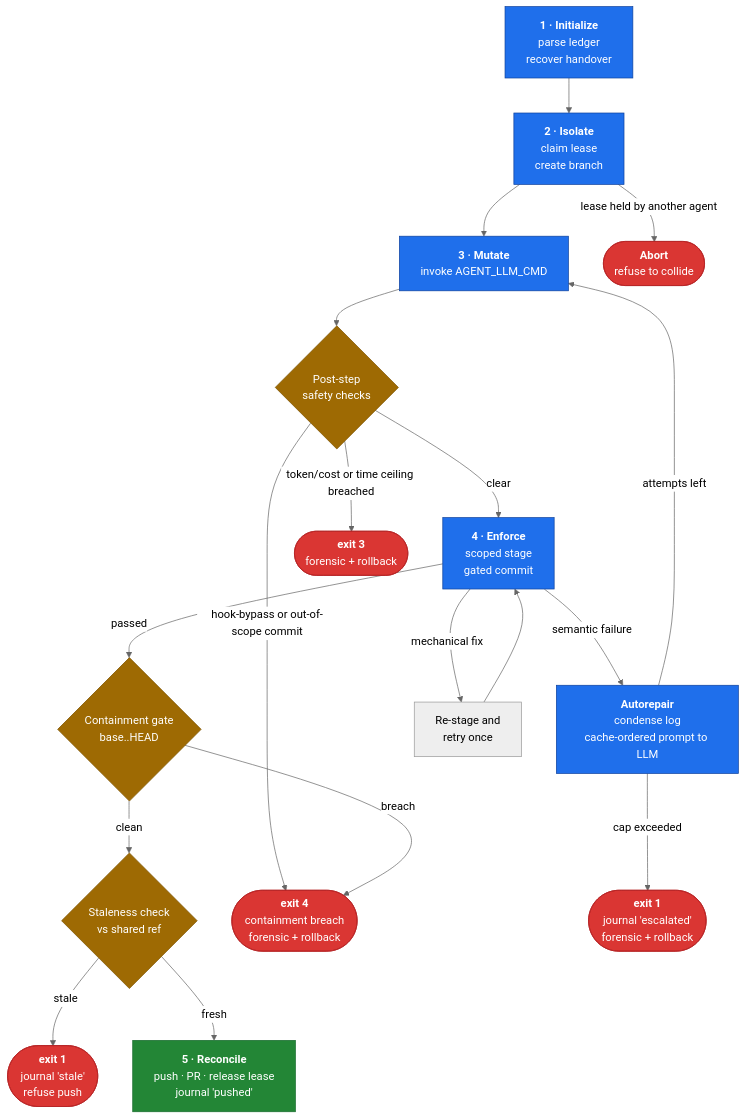
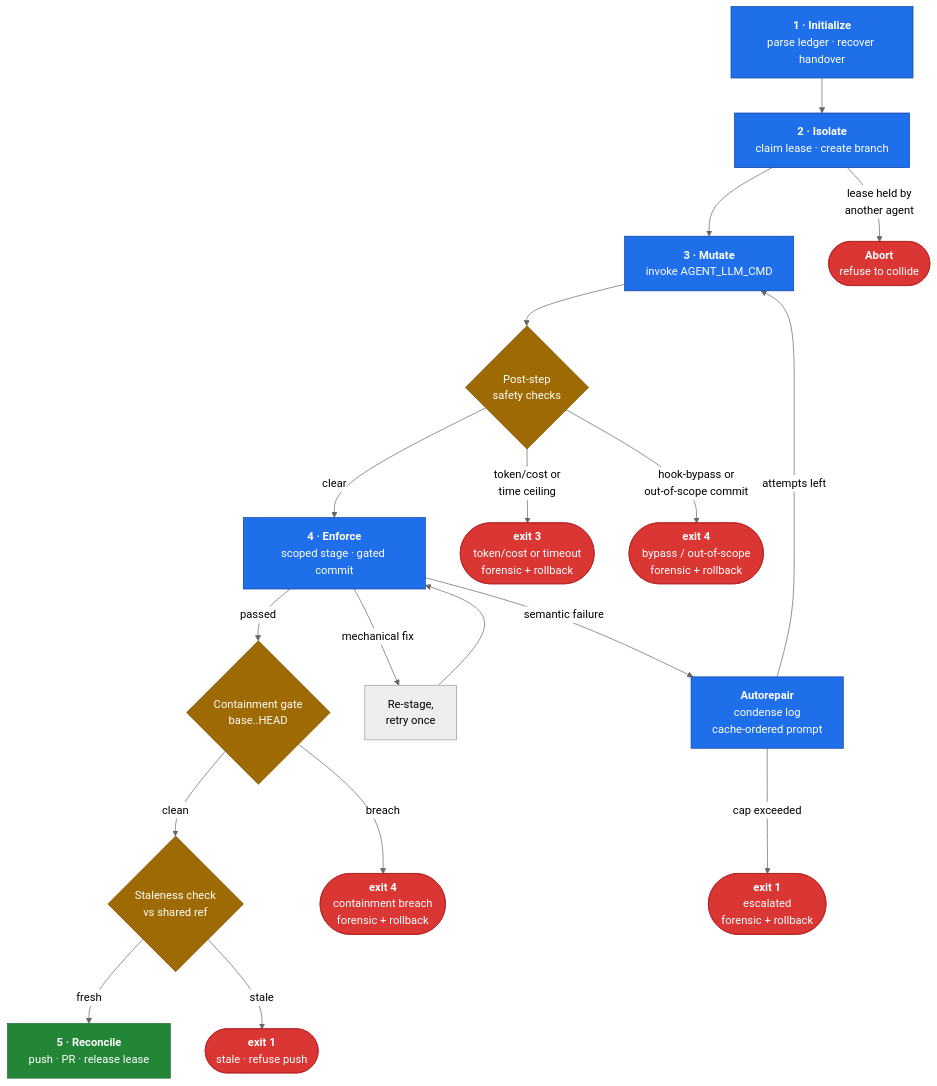
Before and after one commit to yuvhaim-gif/dev_harness: the diagram in README.md, drawn with Mermaid (neutral theme). The commit also changed 1 other file, not shown here.

Commit message:
docs: declutter five-state-loop diagram - split exit-4 terminals, straighten spine

````diff
--- a/README.md
+++ b/README.md
@@ -81,47 +81,50 @@
 ```mermaid
 flowchart TD
-    A["<b>1 · Initialize</b><br/>parse ledger<br/>recover handover"]
-    B["<b>2 · Isolate</b><br/>claim lease<br/>create branch"]
+    %% happy-path spine (top -> bottom)
+    A["<b>1 · Initialize</b><br/>parse ledger · recover handover"]
+    B["<b>2 · Isolate</b><br/>claim lease · create branch"]
     C["<b>3 · Mutate</b><br/>invoke AGENT_LLM_CMD"]
-    D["<b>4 · Enforce</b><br/>scoped stage<br/>gated commit"]
-    E["<b>Autorepair</b><br/>condense log<br/>cache-ordered prompt to LLM"]
-    F["<b>5 · Reconcile</b><br/>push · PR · release lease<br/>journal 'pushed'"]
-
     G{"Post-step<br/>safety checks"}
+    D["<b>4 · Enforce</b><br/>scoped stage · gated commit"]
     P{"Containment gate<br/>base..HEAD"}
     S{"Staleness check<br/>vs shared ref"}
-    C2["Re-stage and<br/>retry once"]
+    F["<b>5 · Reconcile</b><br/>push · PR · release lease"]
 
+    %% enforce repair loop
+    C2["Re-stage,<br/>retry once"]
+    E["<b>Autorepair</b><br/>condense log<br/>cache-ordered prompt"]
+
+    %% terminals
     R0(["<b>Abort</b><br/>refuse to collide"])
-    X3(["<b>exit 3</b><br/>forensic + rollback"])
-    X4(["<b>exit 4</b><br/>containment breach<br/>forensic + rollback"])
-    R1(["<b>exit 1</b><br/>journal 'escalated'<br/>forensic + rollback"])
-    R2(["<b>exit 1</b><br/>journal 'stale'<br/>refuse push"])
+    X3(["<b>exit 3</b><br/>token/cost or timeout<br/>forensic + rollback"])
+    X4a(["<b>exit 4</b><br/>bypass / out-of-scope<br/>forensic + rollback"])
+    X4b(["<b>exit 4</b><br/>containment breach<br/>forensic + rollback"])
+    R1(["<b>exit 1</b><br/>escalated<br/>forensic + rollback"])
+    R2(["<b>exit 1</b><br/>stale · refuse push"])
 
-    A --> B
-    B -->|lease held by another agent| R0
-    B --> C
-    C --> G
-    G -->|token/cost or time ceiling breached| X3
-    G -->|hook-bypass or out-of-scope commit| X4
+    A --> B --> C --> G
     G -->|clear| D
+    D -->|passed| P
+    P -->|clean| S
+    S -->|fresh| F
+
+    B -->|lease held by<br/>another agent| R0
+    G -->|token/cost or<br/>time ceiling| X3
+    G -->|hook-bypass or<br/>out-of-scope commit| X4a
     D -->|mechanical fix| C2 --> D
     D -->|semantic failure| E
     E -->|attempts left| C
     E -->|cap exceeded| R1
-    D -->|passed| P
-    P -->|breach| X4
-    P -->|clean| S
+    P -->|breach| X4b
     S -->|stale| R2
-    S -->|fresh| F
 
     classDef state fill:#1f6feb,stroke:#0d419d,color:#ffffff;
     classDef decision fill:#9e6a03,stroke:#7d5300,color:#ffffff;
     classDef success fill:#238636,stroke:#196c2e,color:#ffffff;
     classDef abort fill:#da3633,stroke:#b62324,color:#ffffff;
 
     class A,B,C,D,E state;
     class G,P,S decision;
     class F success;
-    class R0,X3,X4,R1,R2 abort;
+    class R0,X3,X4a,X4b,R1,R2 abort;
 ```
````
